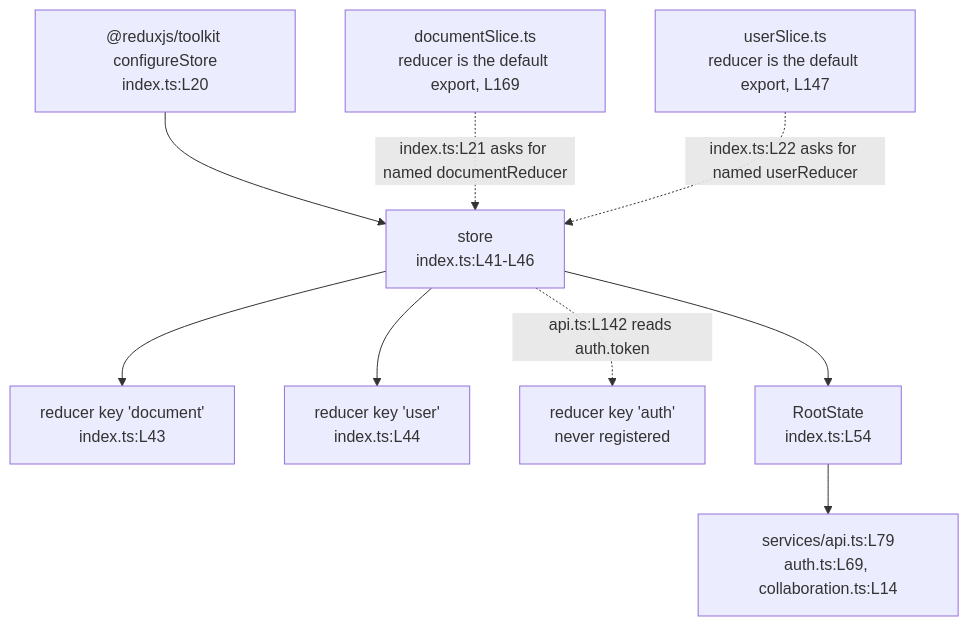
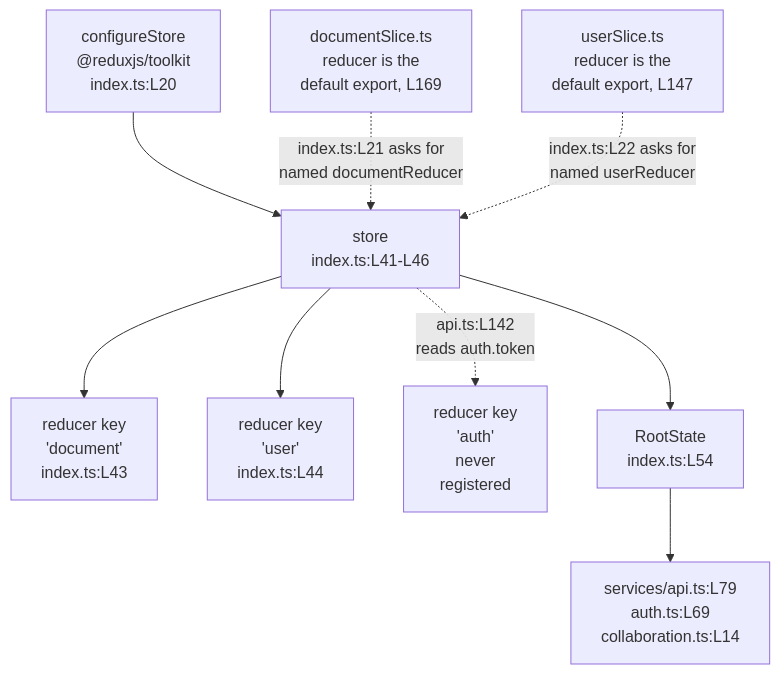
Before and after one commit to blitzy-public-samples/microsoft-word-u33ko0: the diagram in frontend/src/store/README.md, drawn with Mermaid. The commit also changed 20 other files, not shown here.

First line of the commit message:
﻿docs: resolve QA findings on Mermaid legibility, label integrity and accessibility

````diff
--- a/frontend/src/store/README.md
+++ b/frontend/src/store/README.md
@@ -110,14 +110,16 @@
 ```mermaid
 graph TD
-    RTK["@reduxjs/toolkit configureStore<br/>index.ts:L20"] --> STORE["store<br/>index.ts:L41-L46"]
-    DSLICE["documentSlice.ts<br/>reducer is the default export, L169"]
-    USLICE["userSlice.ts<br/>reducer is the default export, L147"]
-    DSLICE -.->|"index.ts:L21 asks for named documentReducer"| STORE
-    USLICE -.->|"index.ts:L22 asks for named userReducer"| STORE
-    STORE --> DKEY["reducer key 'document'<br/>index.ts:L43"]
-    STORE --> UKEY["reducer key 'user'<br/>index.ts:L44"]
-    STORE -.->|"api.ts:L142 reads auth.token"| AKEY["reducer key 'auth'<br/>never registered"]
+    accTitle: Store composition, the two registered slices and the auth key that is never registered
+    accDescr: Dashed edges mark unresolved imports and a reducer key the store never registers. Both slices export their reducer as a default while the store asks for a named export.
+    RTK["configureStore<br/>@reduxjs/toolkit<br/>index.ts:L20"] --> STORE["store<br/>index.ts:L41-L46"]
+    DSLICE["documentSlice.ts<br/>reducer is the<br/>default export, L169"]
+    USLICE["userSlice.ts<br/>reducer is the<br/>default export, L147"]
+    DSLICE -.->|"index.ts:L21 asks for<br/>named documentReducer"| STORE
+    USLICE -.->|"index.ts:L22 asks for<br/>named userReducer"| STORE
+    STORE --> DKEY["reducer key<br/>'document'<br/>index.ts:L43"]
+    STORE --> UKEY["reducer key<br/>'user'<br/>index.ts:L44"]
+    STORE -.->|"api.ts:L142<br/>reads auth.token"| AKEY["reducer key<br/>'auth'<br/>never<br/>registered"]
     STORE --> RS["RootState<br/>index.ts:L54"]
-    RS --> SVC["services/api.ts:L79<br/>auth.ts:L69, collaboration.ts:L14"]
+    RS --> SVC["services/api.ts:L79<br/>auth.ts:L69<br/>collaboration.ts:L14"]
 %% Dashed edges mark unresolved imports and a reducer key the store never registers
 ```
````
